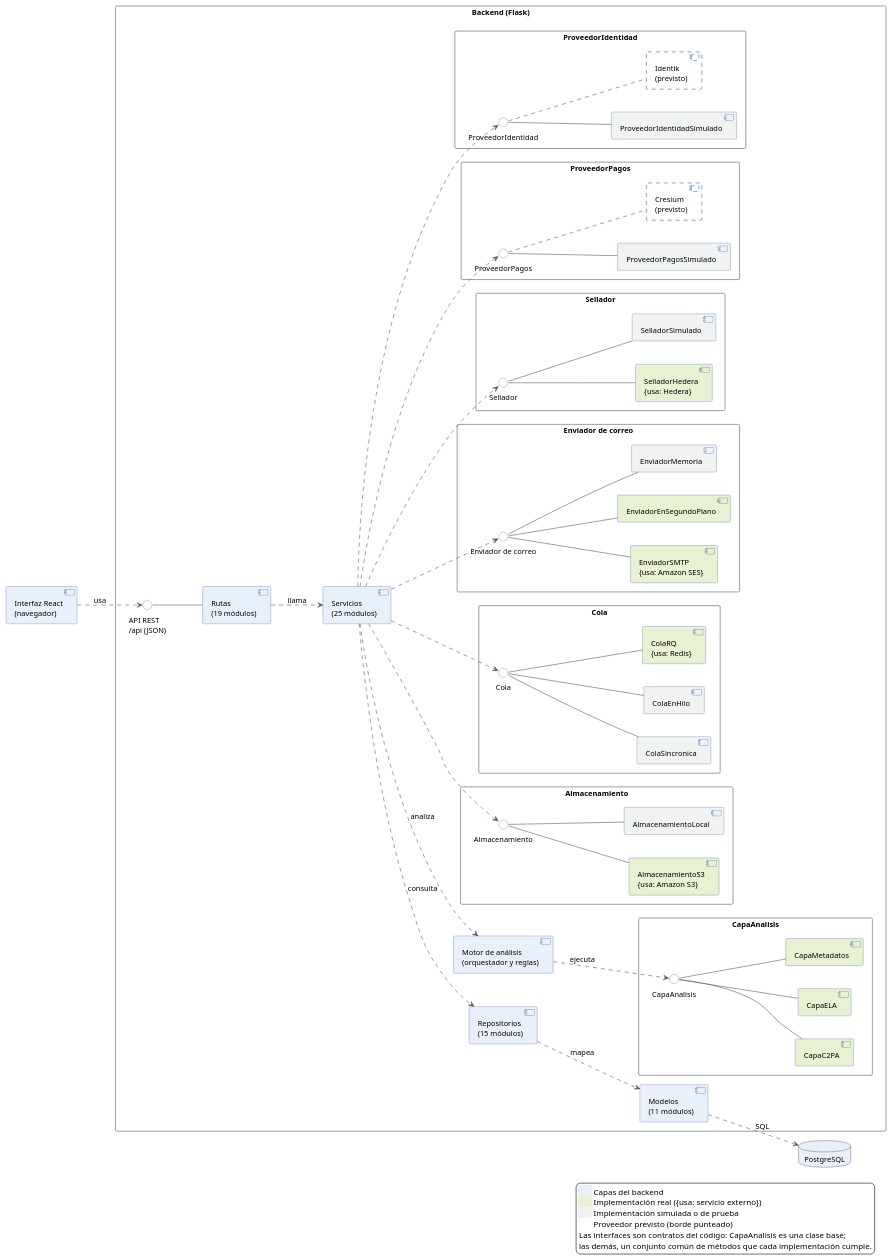
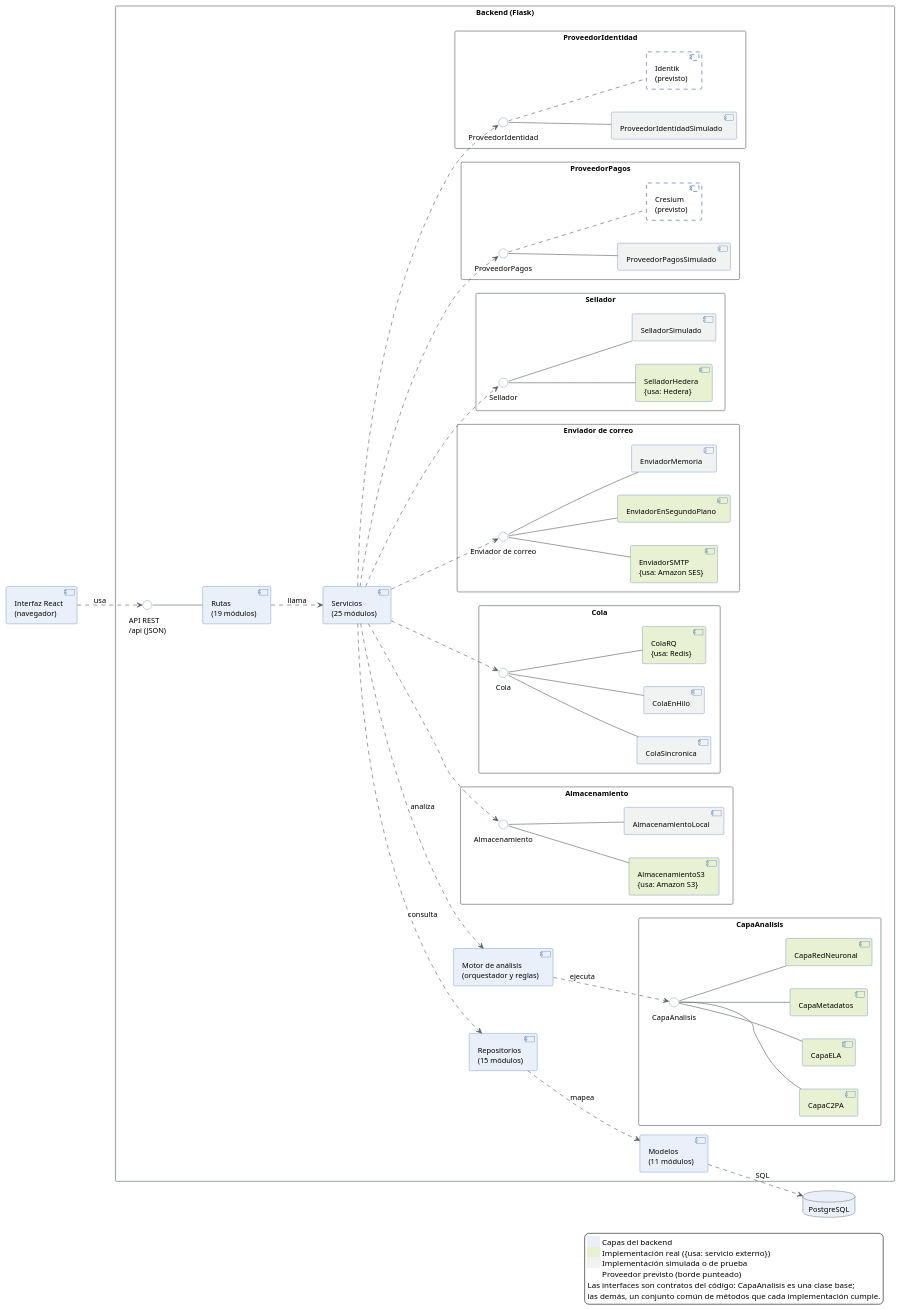
The diagram in docs/arquitectura/diagramas/08-componentes-uml.puml (valentinasalmon/PFG-sistema-deteccion-IA), drawn with PlantUML before and after one commit. The commit also changed 3 other files, not shown here.

First line of the commit message:
documentacion(039): regenerar diagramas con la capa 4 y las columnas nuevas de enlaces de carga

```diff
--- a/docs/arquitectura/diagramas/08-componentes-uml.puml
+++ b/docs/arquitectura/diagramas/08-componentes-uml.puml
@@ -1,107 +1,109 @@
 @startuml componentes
 skinparam defaultFontName Arial
 skinparam defaultFontSize 13
 skinparam shadowing false
 skinparam ArrowColor #4E5B54
 skinparam nodesep 40
 skinparam ranksep 55
 left to right direction
 skinparam componentStyle uml2
 skinparam componentBorderColor #2F5DA8
 skinparam componentBackgroundColor #EAF0F9
 skinparam interfaceBorderColor #2F5DA8
 skinparam interfaceBackgroundColor #FFFFFF
 skinparam databaseBackgroundColor #EAF0F9
 skinparam rectangleBorderColor #9AA5A0
 skinparam packageBorderColor #4E5B54
 skinparam packageStyle rectangle
 skinparam legendBackgroundColor #FFFFFF
 
 component "Interfaz React\n(navegador)" as spa
 package "Backend (Flask)" {
   interface "API REST\n/api (JSON)" as iapi
   component "Rutas\n(19 módulos)" as rutas
   component "Servicios\n(25 módulos)" as servicios
   component "Repositorios\n(15 módulos)" as repos
   component "Modelos\n(11 módulos)" as modelos
   component "Motor de análisis\n(orquestador y reglas)" as motor
   package "Almacenamiento" as marco_almacenamiento {
     interface "Almacenamiento" as i_almacenamiento
     component "AlmacenamientoS3\n{usa: Amazon S3}" as almacenamientos3 #E8F1D2
     component "AlmacenamientoLocal" as almacenamientolocal #F1F3F2
   }
   package "Cola" as marco_cola {
     interface "Cola" as i_cola
     component "ColaSincronica" as colasincronica #F1F3F2
     component "ColaEnHilo" as colaenhilo #F1F3F2
     component "ColaRQ\n{usa: Redis}" as colarq #E8F1D2
   }
   package "Enviador de correo" as marco_enviadordecorreo {
     interface "Enviador de correo" as i_enviadordecorreo
     component "EnviadorSMTP\n{usa: Amazon SES}" as enviadorsmtp #E8F1D2
     component "EnviadorEnSegundoPlano" as enviadorensegundoplano #E8F1D2
     component "EnviadorMemoria" as enviadormemoria #F1F3F2
   }
   package "Sellador" as marco_sellador {
     interface "Sellador" as i_sellador
     component "SelladorHedera\n{usa: Hedera}" as selladorhedera #E8F1D2
     component "SelladorSimulado" as selladorsimulado #F1F3F2
   }
   package "ProveedorPagos" as marco_proveedorpagos {
     interface "ProveedorPagos" as i_proveedorpagos
     component "ProveedorPagosSimulado" as proveedorpagossimulado #F1F3F2
     component "Cresium\n(previsto)" as cresium #FFFFFF;line.dashed
   }
   package "ProveedorIdentidad" as marco_proveedoridentidad {
     interface "ProveedorIdentidad" as i_proveedoridentidad
     component "ProveedorIdentidadSimulado" as proveedoridentidadsimulado #F1F3F2
     component "Identik\n(previsto)" as identik #FFFFFF;line.dashed
   }
   package "CapaAnalisis" as marco_capaanalisis {
     interface "CapaAnalisis" as i_capaanalisis
     component "CapaC2PA" as capac2pa #E8F1D2
     component "CapaELA" as capaela #E8F1D2
     component "CapaMetadatos" as capametadatos #E8F1D2
+    component "CapaRedNeuronal" as caparedneuronal #E8F1D2
   }
 }
 database "PostgreSQL" as pg
 spa ..> iapi : usa
 rutas -up- iapi
 rutas ..> servicios : llama
 servicios ..> repos : consulta
 repos ..> modelos : mapea
 modelos ..> pg : SQL
 servicios ..> motor : analiza
 motor ..> i_capaanalisis : ejecuta
 servicios ..> i_almacenamiento
 i_almacenamiento -- almacenamientos3
 i_almacenamiento -- almacenamientolocal
 servicios ..> i_cola
 i_cola -- colasincronica
 i_cola -- colaenhilo
 i_cola -- colarq
 servicios ..> i_enviadordecorreo
 i_enviadordecorreo -- enviadorsmtp
 i_enviadordecorreo -- enviadorensegundoplano
 i_enviadordecorreo -- enviadormemoria
 servicios ..> i_sellador
 i_sellador -- selladorhedera
 i_sellador -- selladorsimulado
 servicios ..> i_proveedorpagos
 i_proveedorpagos -- proveedorpagossimulado
 i_proveedorpagos .. cresium
 servicios ..> i_proveedoridentidad
 i_proveedoridentidad -- proveedoridentidadsimulado
 i_proveedoridentidad .. identik
 i_capaanalisis -- capac2pa
 i_capaanalisis -- capaela
 i_capaanalisis -- capametadatos
+i_capaanalisis -- caparedneuronal
 legend right
 <back:#EAF0F9>      </back> Capas del backend
 <back:#E8F1D2>      </back> Implementación real ({usa: servicio externo})
 <back:#F1F3F2>      </back> Implementación simulada o de prueba
 <back:#FFFFFF>      </back> Proveedor previsto (borde punteado)
 Las interfaces son contratos del código: CapaAnalisis es una clase base;
 las demás, un conjunto común de métodos que cada implementación cumple.
 endlegend
 @enduml
```
